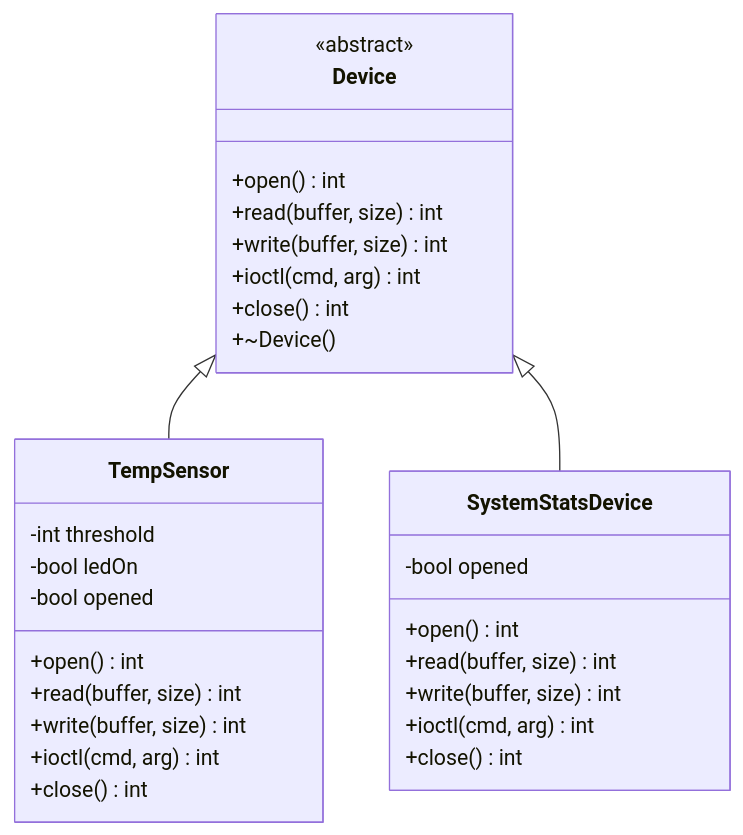
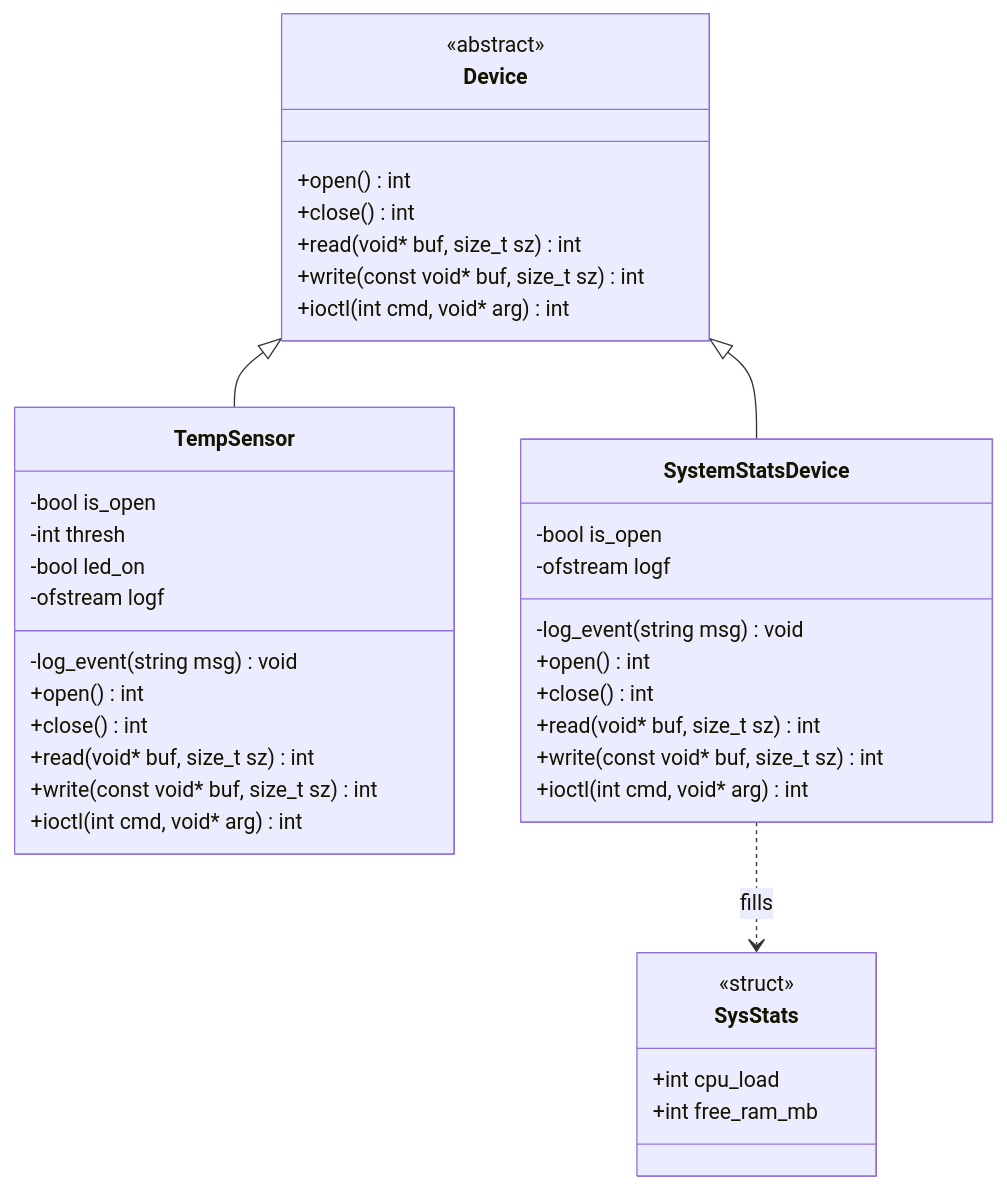
One commit to Rachit-Patnaik/Device-Simulator changed the first of 2 diagrams in README.md. Above: the diagram before and after it, drawn with Mermaid. The commit also changed other lines of this file, not shown here.

````diff
--- a/README.md
+++ b/README.md
@@ -127,35 +130,45 @@
 ```mermaid
 classDiagram
     class Device {
         <<abstract>>
         +open() int
-        +read(buffer, size) int
-        +write(buffer, size) int
-        +ioctl(cmd, arg) int
         +close() int
-        +~Device()
+        +read(void* buf, size_t sz) int
+        +write(const void* buf, size_t sz) int
+        +ioctl(int cmd, void* arg) int
     }
 
     class TempSensor {
-        -int threshold
-        -bool ledOn
-        -bool opened
+        -bool is_open
+        -int thresh
+        -bool led_on
+        -ofstream logf
+        -log_event(string msg) void
         +open() int
-        +read(buffer, size) int
-        +write(buffer, size) int
-        +ioctl(cmd, arg) int
         +close() int
+        +read(void* buf, size_t sz) int
+        +write(const void* buf, size_t sz) int
+        +ioctl(int cmd, void* arg) int
     }
 
     class SystemStatsDevice {
-        -bool opened
+        -bool is_open
+        -ofstream logf
+        -log_event(string msg) void
         +open() int
-        +read(buffer, size) int
-        +write(buffer, size) int
-        +ioctl(cmd, arg) int
         +close() int
+        +read(void* buf, size_t sz) int
+        +write(const void* buf, size_t sz) int
+        +ioctl(int cmd, void* arg) int
+    }
+
+    class SysStats {
+        <<struct>>
+        +int cpu_load
+        +int free_ram_mb
     }
 
     Device <|-- TempSensor
     Device <|-- SystemStatsDevice
+    SystemStatsDevice ..> SysStats : fills
 ```
````
